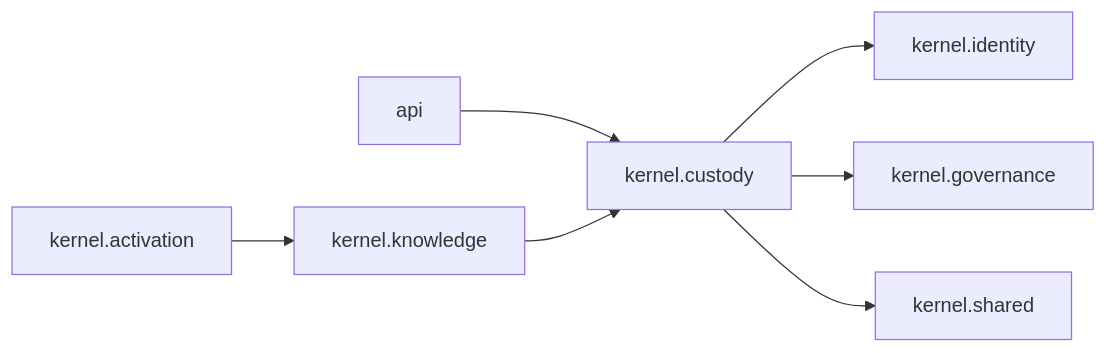
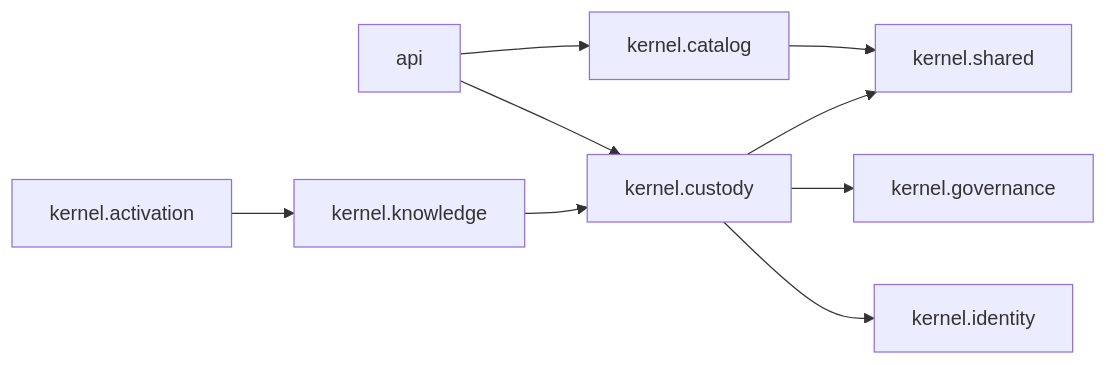
Before and after one commit to sneiderrincon/custody-protocol: the diagram in kernel/README.md, drawn with Mermaid. The commit also changed 31 other files, not shown here.

````diff
--- a/kernel/README.md
+++ b/kernel/README.md
@@ -6,9 +6,11 @@
 ```mermaid
 flowchart LR
   API[api] --> Custody[kernel.custody]
+  API --> Catalog[kernel.catalog]
   Custody --> Identity[kernel.identity]
   Custody --> Governance[kernel.governance]
   Custody --> Shared[kernel.shared]
+  Catalog --> Shared
   Activation[kernel.activation] --> Knowledge[kernel.knowledge]
   Knowledge --> Custody
 ```
````
